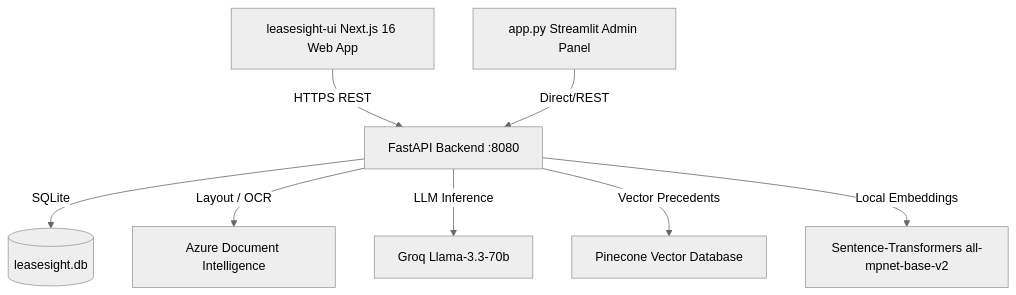
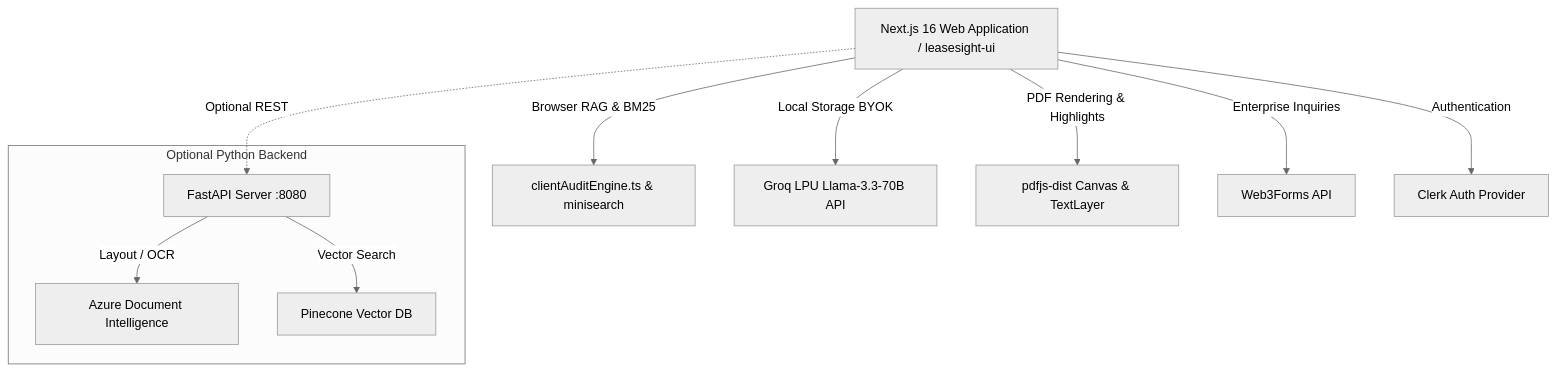
Before and after one commit to ZainUlAbideen02/LeaseSight: the diagram in README.md, drawn with Mermaid (neutral theme). The commit also changed other lines of this file and 2 other files, not shown here.

````diff
--- a/README.md
+++ b/README.md
@@ -21,11 +21,15 @@
 ```mermaid
 graph TD
-    UI[leasesight-ui Next.js 16 Web App] -->|HTTPS REST| API[FastAPI Backend :8080]
-    Streamlit[app.py Streamlit Admin Panel] -->|Direct/REST| API
+    Client[Next.js 16 Web Application / leasesight-ui] -->|Browser RAG & BM25| LocalEngine[clientAuditEngine.ts & minisearch]
+    Client -->|Local Storage BYOK| GroqSDK[Groq LPU Llama-3.3-70B API]
+    Client -->|PDF Rendering & Highlights| PDFJS[pdfjs-dist Canvas & TextLayer]
+    Client -->|Enterprise Inquiries| Web3Forms[Web3Forms API]
+    Client -->|Authentication| Clerk[Clerk Auth Provider]
     
-    API -->|SQLite| DB[(leasesight.db)]
-    API -->|Layout / OCR| Azure[Azure Document Intelligence]
-    API -->|LLM Inference| Groq[Groq Llama-3.3-70b]
-    API -->|Vector Precedents| Pinecone[Pinecone Vector Database]
-    API -->|Local Embeddings| SentenceTransformers[Sentence-Transformers all-mpnet-base-v2]
+    subgraph Optional Python Backend
+        API[FastAPI Server :8080] -->|Layout / OCR| Azure[Azure Document Intelligence]
+        API -->|Vector Search| Pinecone[Pinecone Vector DB]
+    end
+    
+    Client -.->|Optional REST| API
 ```
````
